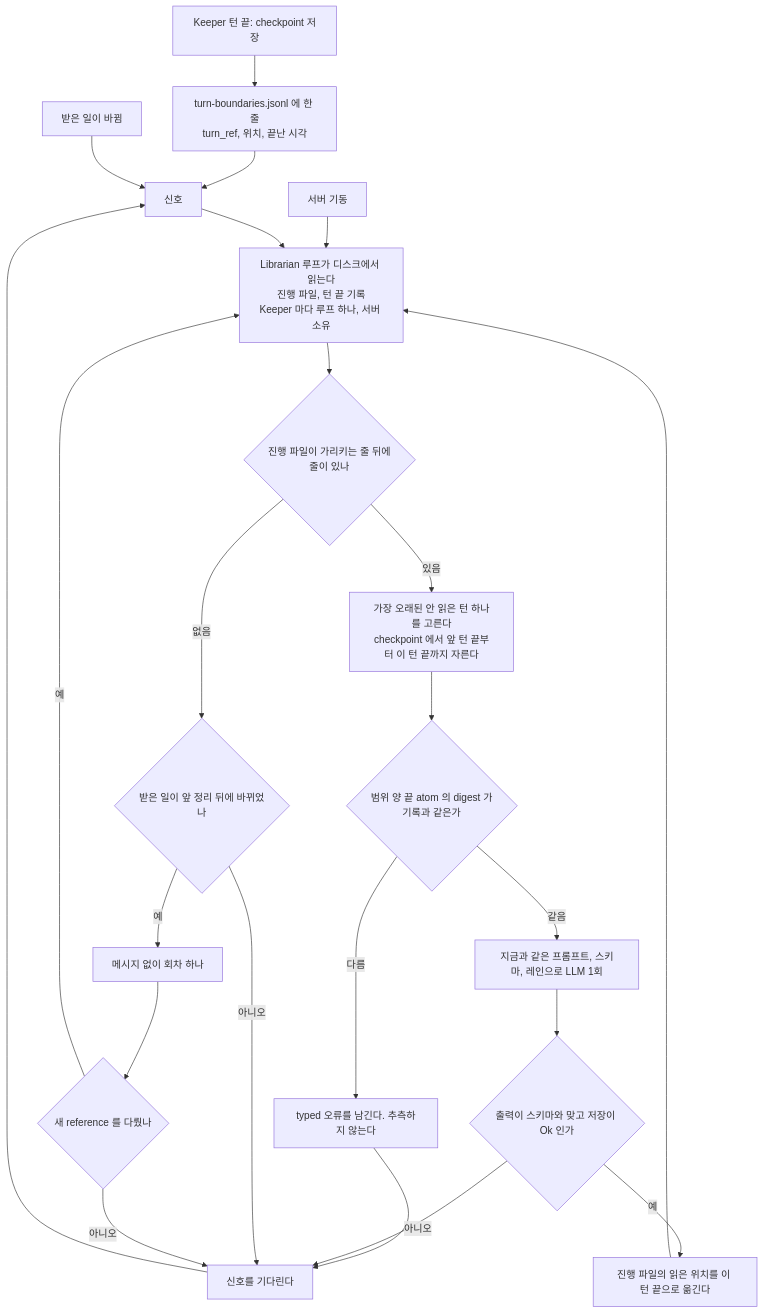
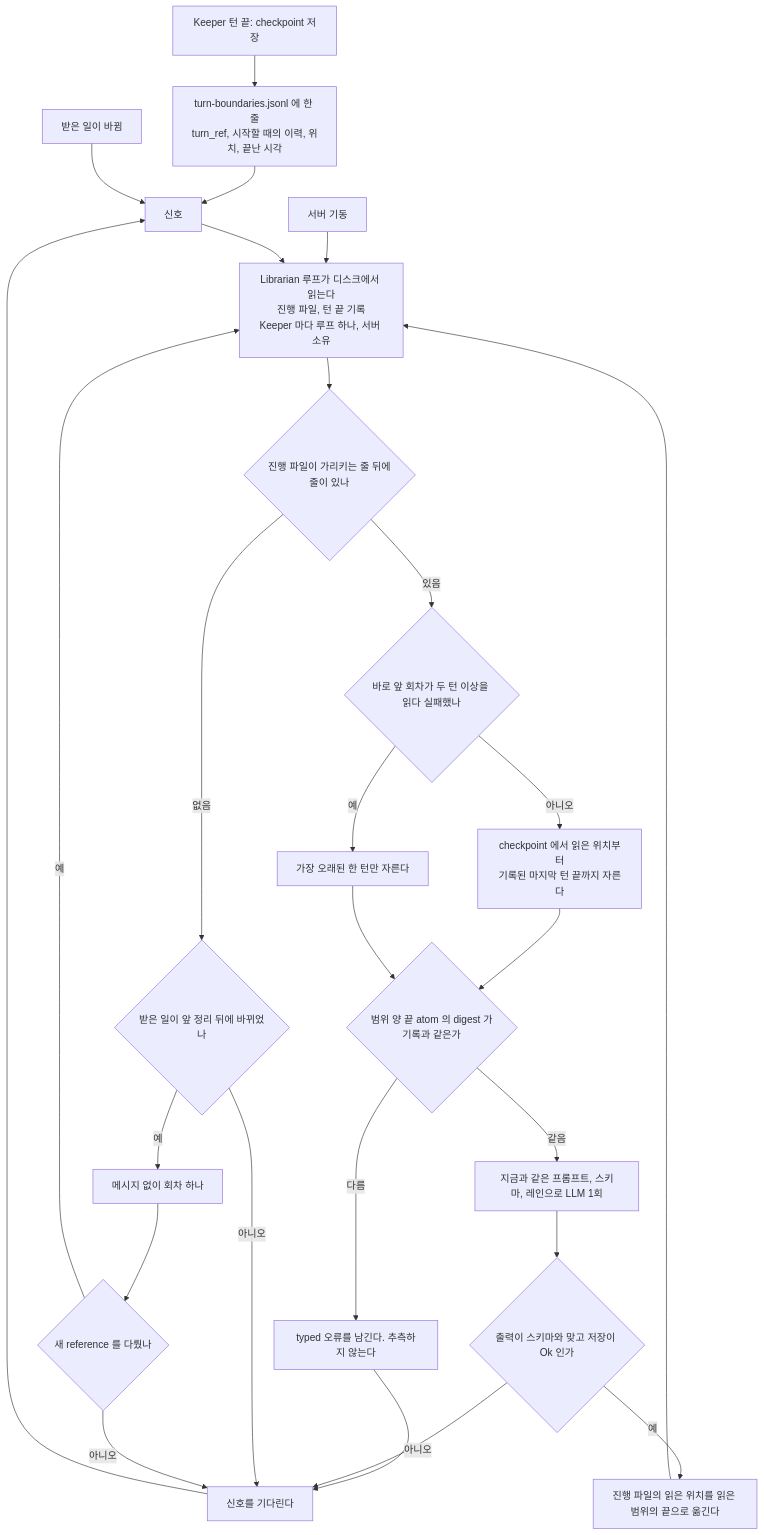
Before and after one commit to jeong-sik/masc: the second of 2 diagrams in docs/rfc/RFC-librarian-is-the-brain.md, drawn with Mermaid. The commit also changed other lines of this file, not shown here.

````diff
--- a/docs/rfc/RFC-librarian-is-the-brain.md
+++ b/docs/rfc/RFC-librarian-is-the-brain.md
@@ -155,25 +155,28 @@
 ```mermaid
 flowchart TD
-  T0["Keeper 턴 끝: checkpoint 저장"] --> T1["turn-boundaries.jsonl 에 한 줄<br/>turn_ref, 위치, 끝난 시각"]
+  T0["Keeper 턴 끝: checkpoint 저장"] --> T1["turn-boundaries.jsonl 에 한 줄<br/>turn_ref, 시작할 때의 이력, 위치, 끝난 시각"]
   T1 --> S["신호"]
   Q["받은 일이 바뀜"] --> S
   BOOT["서버 기동"] --> L1
   S --> L1["Librarian 루프가 디스크에서 읽는다<br/>진행 파일, 턴 끝 기록<br/>Keeper 마다 루프 하나, 서버 소유"]
   L1 --> C1{"진행 파일이 가리키는 줄 뒤에<br/>줄이 있나"}
-  C1 -->|"있음"| L2["가장 오래된 안 읽은 턴 하나를 고른다<br/>checkpoint 에서 앞 턴 끝부터 이 턴 끝까지 자른다"]
+  C1 -->|"있음"| N{"바로 앞 회차가 두 턴 이상을 읽다 실패했나"}
+  N -->|"아니오"| L2["checkpoint 에서 읽은 위치부터<br/>기록된 마지막 턴 끝까지 자른다"]
+  N -->|"예"| L3["가장 오래된 한 턴만 자른다"]
   L2 --> C3{"범위 양 끝 atom 의 digest 가<br/>기록과 같은가"}
+  L3 --> C3
   C3 -->|"다름"| ERR["typed 오류를 남긴다. 추측하지 않는다"]
   ERR --> W["신호를 기다린다"]
   C3 -->|"같음"| P1["지금과 같은 프롬프트, 스키마, 레인으로 LLM 1회"]
   P1 --> SV{"출력이 스키마와 맞고 저장이 Ok 인가"}
   SV -->|"아니오"| W
-  SV -->|"예"| ADV["진행 파일의 읽은 위치를 이 턴 끝으로 옮긴다"]
+  SV -->|"예"| ADV["진행 파일의 읽은 위치를 읽은 범위의 끝으로 옮긴다"]
   ADV --> L1
   C1 -->|"없음"| C4{"받은 일이 앞 정리 뒤에 바뀌었나"}
   C4 -->|"아니오"| W
   C4 -->|"예"| P0["메시지 없이 회차 하나"]
   P0 --> R0{"새 reference 를 다뤘나"}
   R0 -->|"예"| L1
   R0 -->|"아니오"| W
   W --> S
 ```
````
